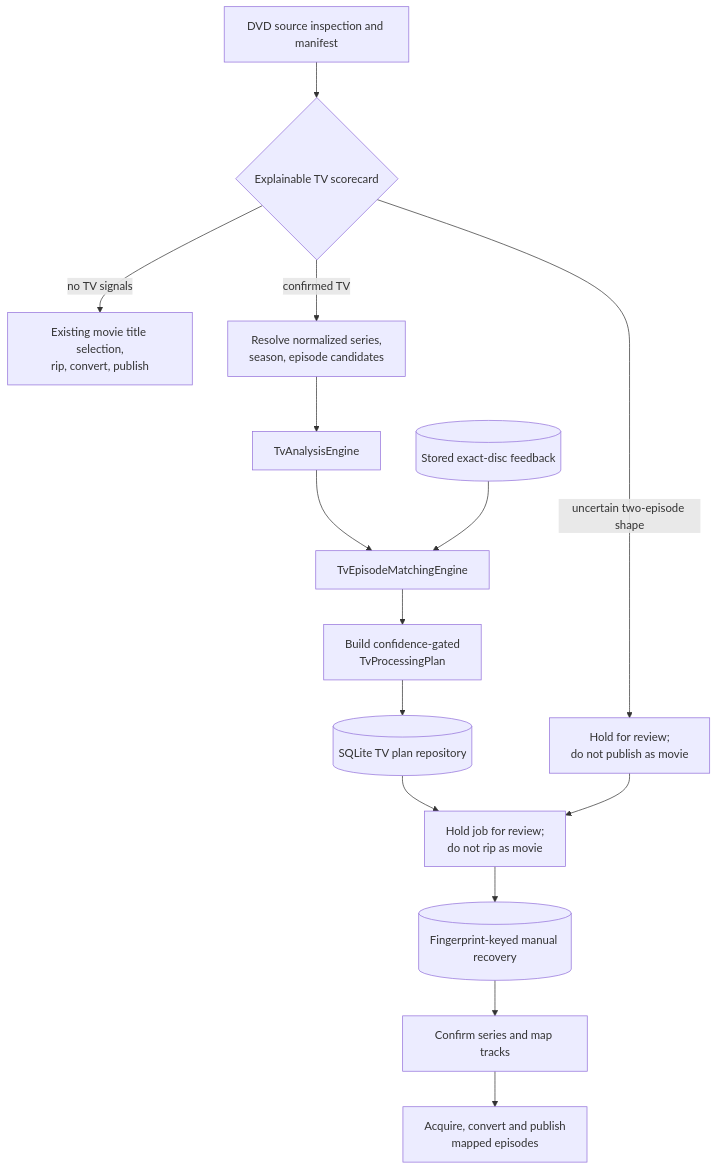
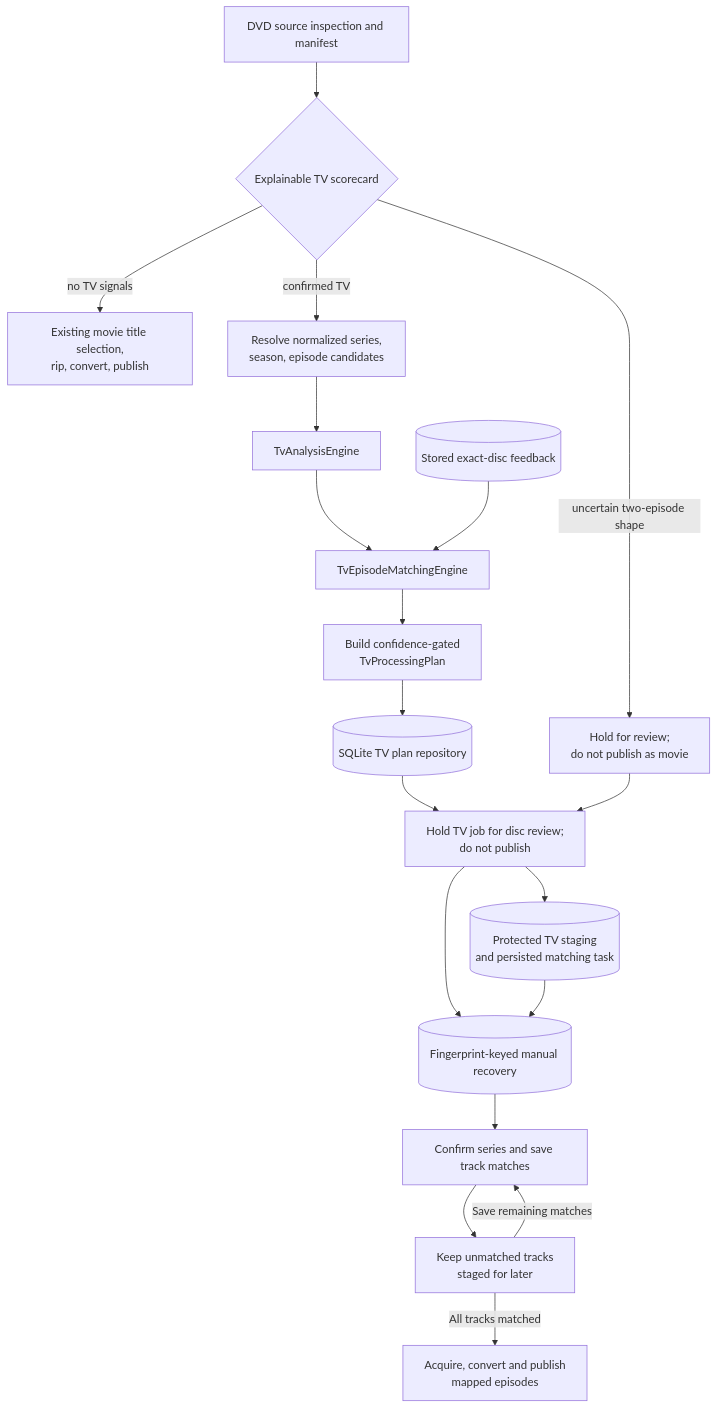
Before and after one commit to nick709r/DVDTOJELLYFIN: the diagram in docs/TV-WORKFLOW-INTEGRATION.md, drawn with Mermaid. The commit also changed other lines of this file and 59 other files, not shown here.

````diff
--- a/docs/TV-WORKFLOW-INTEGRATION.md
+++ b/docs/TV-WORKFLOW-INTEGRATION.md
@@ -51,32 +56,36 @@
 ```mermaid
 flowchart TD
   Disc[DVD source inspection and manifest]
   Prefilter{Explainable TV scorecard}
   Movie[Existing movie title selection,<br/>rip, convert, publish]
   Uncertain[Hold for review;<br/>do not publish as movie]
   TvMetadata[Resolve normalized series,<br/>season, episode candidates]
   Analysis[TvAnalysisEngine]
   Feedback[(Stored exact-disc feedback)]
   Matcher[TvEpisodeMatchingEngine]
   Plan[Build confidence-gated<br/>TvProcessingPlan]
   Store[(SQLite TV plan repository)]
-  Hold[Hold job for review;<br/>do not rip as movie]
+  Hold[Hold TV job for disc review;<br/>do not publish]
+  Staging[(Protected TV staging<br/>and persisted matching task)]
   Recovery[(Fingerprint-keyed manual recovery)]
-  Manual[Confirm series and map tracks]
+  Manual[Confirm series and save track matches]
+  Partial[Keep unmatched tracks<br/>staged for later]
   Output[Acquire, convert and publish<br/>mapped episodes]
 
   Disc --> Prefilter
   Prefilter -- no TV signals --> Movie
   Prefilter -- uncertain two-episode shape --> Uncertain
   Prefilter -- confirmed TV --> TvMetadata
   TvMetadata --> Analysis
   Analysis --> Matcher
   Feedback --> Matcher
   Matcher --> Plan
   Plan --> Store
-  Store --> Hold
+  Store --> Hold --> Staging
   Uncertain --> Hold
   Hold --> Recovery
-  Recovery --> Manual
-  Manual --> Output
+  Staging --> Recovery --> Manual
+  Manual --> Partial
+  Partial -- Save remaining matches --> Manual
+  Partial -- All tracks matched --> Output
 ```
````
